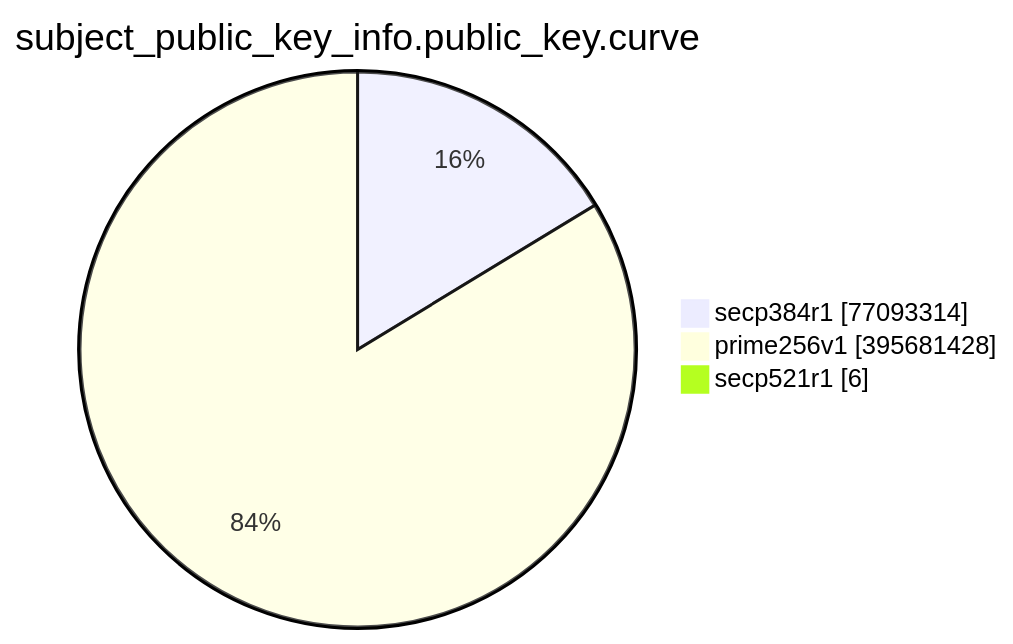
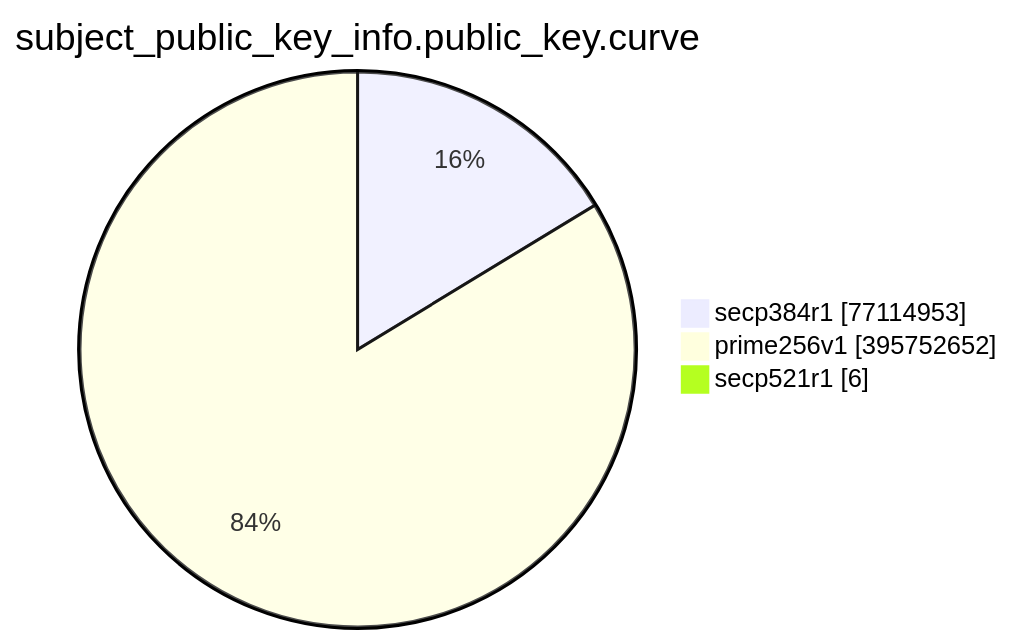
Before and after one commit to christiankrug/ctmonitor_visualization: the eighth of 15 diagrams in TOTAL/README.md, drawn with Mermaid. The commit also changed other lines of this file, not shown here.

````diff
--- a/TOTAL/README.md
+++ b/TOTAL/README.md
@@ -3094,7 +3094,7 @@
 ```mermaid
 pie showData
 title subject_public_key_info.public_key.curve
-"secp384r1" :77093314
-"prime256v1" :395681428
+"secp384r1" :77114953
+"prime256v1" :395752652
 "secp521r1" :6
 ```
````
